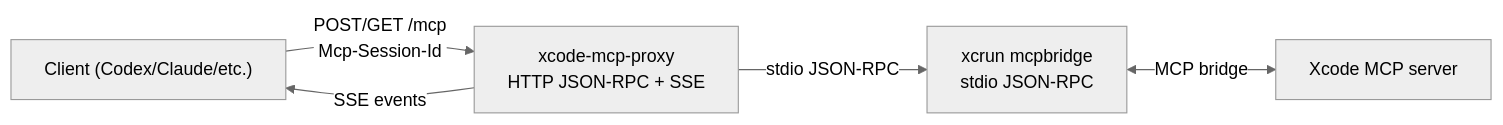
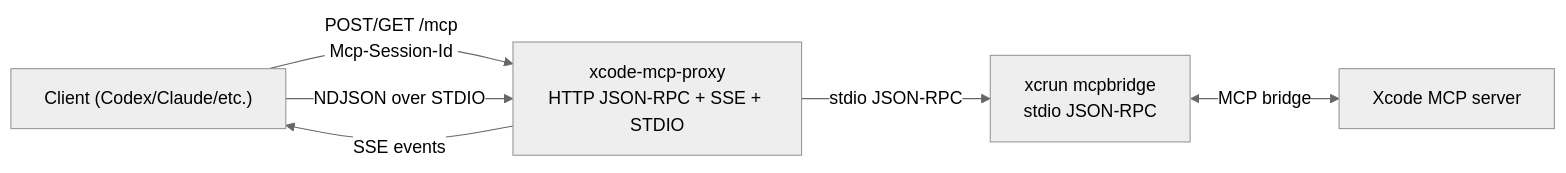
One commit to romanr/XcodeMCPKit changed the diagram in Docs/architecture.md. Above: the diagram before and after it, drawn with Mermaid (neutral theme). The commit also changed other lines of this file and 15 other files, not shown here.

````diff
--- a/Docs/architecture.md
+++ b/Docs/architecture.md
@@ -30,12 +30,13 @@
 ```mermaid
 flowchart LR
   client["Client (Codex/Claude/etc.)"]
-  proxy["xcode-mcp-proxy<br/>HTTP JSON-RPC + SSE"]
+  proxy["xcode-mcp-proxy<br/>HTTP JSON-RPC + SSE + STDIO"]
   upstream["xcrun mcpbridge<br/>stdio JSON-RPC"]
   xcode["Xcode MCP server"]
 
   client -->|POST/GET /mcp<br/>Mcp-Session-Id| proxy
+  client -->|NDJSON over STDIO| proxy
   proxy -->|stdio JSON-RPC| upstream
   upstream <--> |MCP bridge| xcode
   proxy -->|SSE events| client
 ```
````
